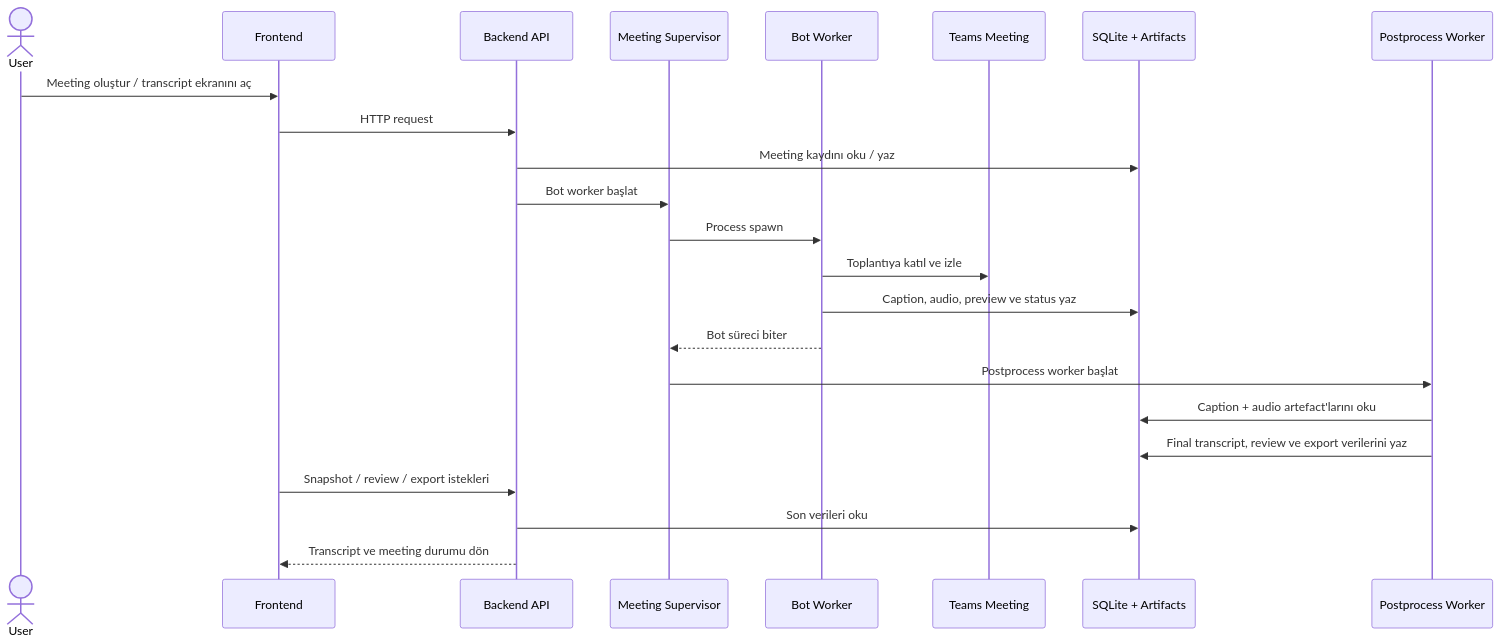
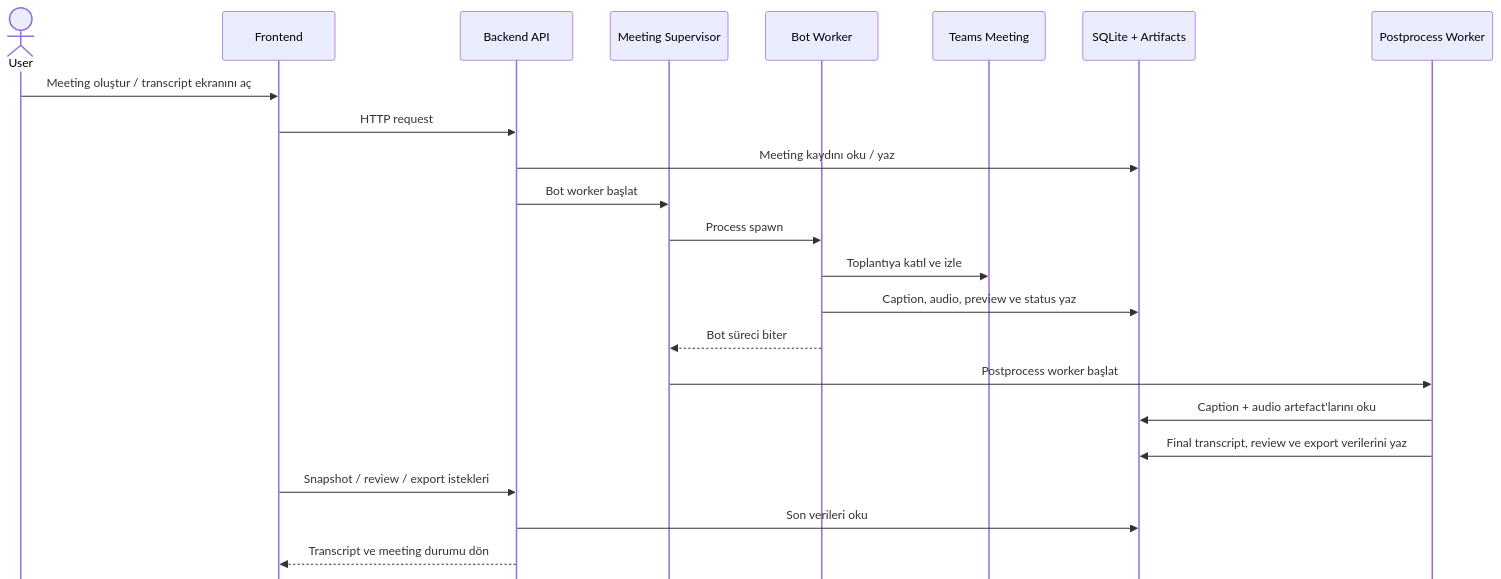
The diagram in README.md (srdrcn/notera), drawn with Mermaid before and after one commit.

Commit message:
feat: update architecture diagram initialization for sequence diagram format

````diff
--- a/README.md
+++ b/README.md
@@ -7,26 +7,27 @@
 ```mermaid
+%%{init: { "sequence": { "mirrorActors": false } } }%%
 sequenceDiagram
     actor U as User
     participant F as Frontend
     participant A as Backend API
     participant S as Meeting Supervisor
     participant B as Bot Worker
     participant T as Teams Meeting
     participant X as SQLite + Artifacts
     participant P as Postprocess Worker
 
     U->>F: Meeting oluştur / transcript ekranını aç
     F->>A: HTTP request
     A->>X: Meeting kaydını oku / yaz
     A->>S: Bot worker başlat
     S->>B: Process spawn
     B->>T: Toplantıya katıl ve izle
     B->>X: Caption, audio, preview ve status yaz
     B-->>S: Bot süreci biter
     S->>P: Postprocess worker başlat
     P->>X: Caption + audio artefact'larını oku
     P->>X: Final transcript, review ve export verilerini yaz
     F->>A: Snapshot / review / export istekleri
     A->>X: Son verileri oku
     A-->>F: Transcript ve meeting durumu dön
 ```
````
